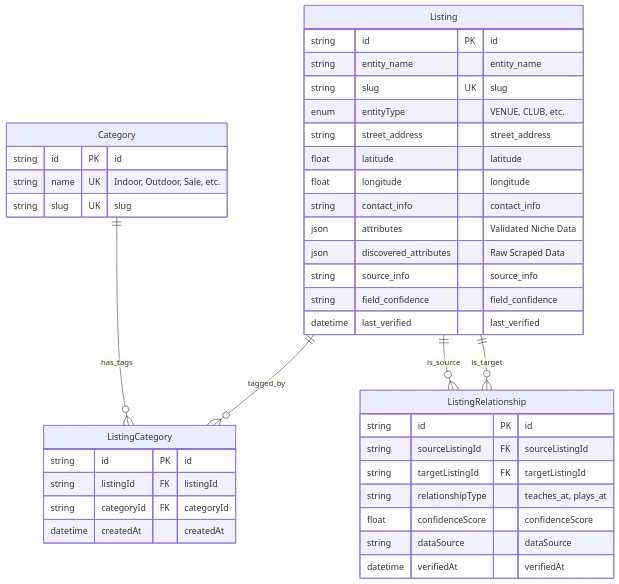
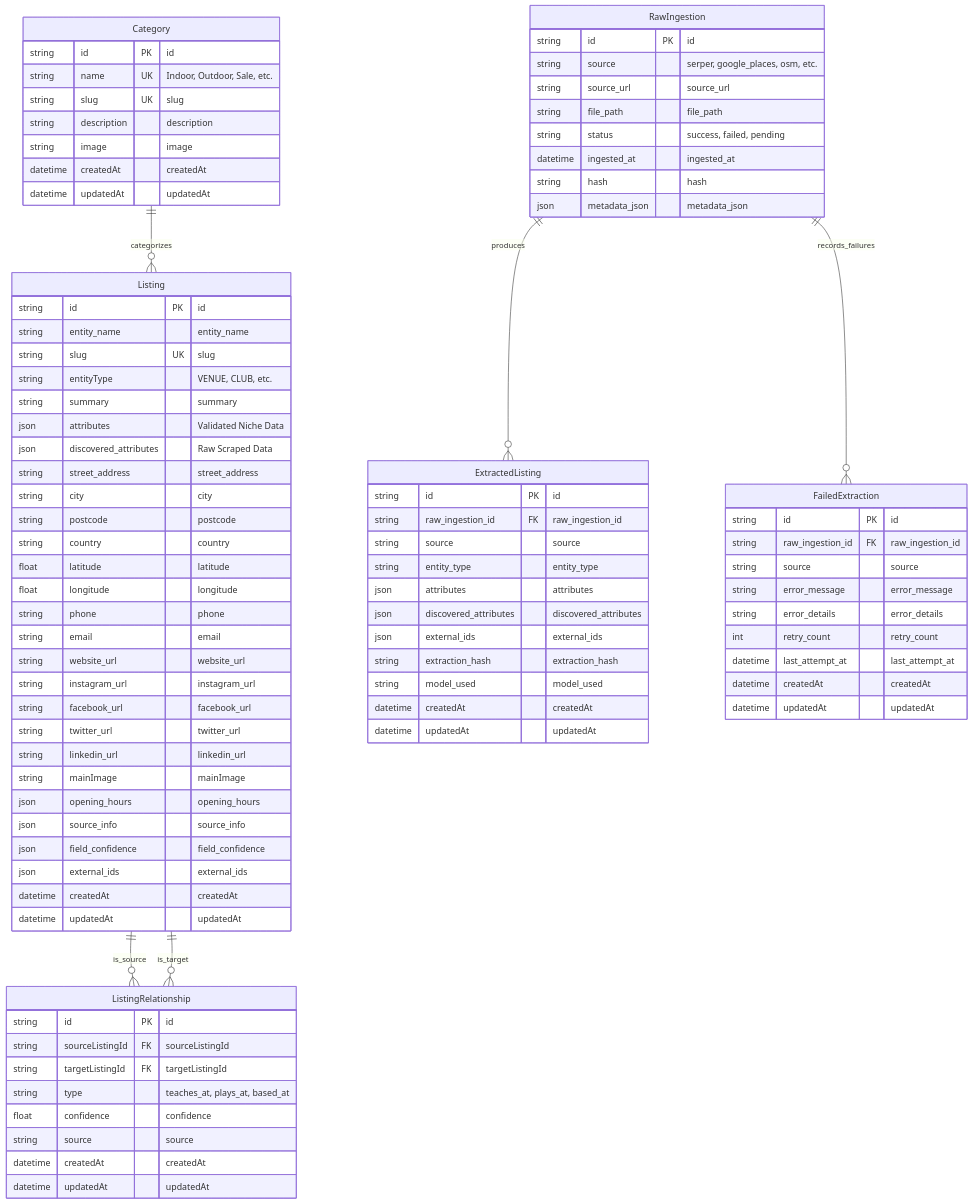
One commit to LarjGit/edinburgh-finds changed the first of 3 diagrams in ARCHITECTURE.md. Above: the diagram before and after it, drawn with Mermaid. The commit also changed other lines of this file, not shown here.

First line of the commit message:
docs(architecture): update ARCHITECTURE.md with extraction pipeline and schema status

````diff
--- a/ARCHITECTURE.md
+++ b/ARCHITECTURE.md
@@ -47,12 +55,15 @@
 ```mermaid
 erDiagram
     %% Core Schema (Implemented)
-    Category ||--o{ ListingCategory : "has_tags"
-    Listing ||--o{ ListingCategory : "tagged_by"
+    Category ||--o{ Listing : "categorizes"
 
-    %% Planned Extension
+    %% Ecosystem Graph (Schema Implemented, Population Logic Future)
     Listing ||--o{ ListingRelationship : "is_source"
     Listing ||--o{ ListingRelationship : "is_target"
+
+    %% Extraction Pipeline (Implemented)
+    RawIngestion ||--o{ ExtractedListing : "produces"
+    RawIngestion ||--o{ FailedExtraction : "records_failures"
 
     %% Enum Definition (Conceptual)
     %% EntityType Enum: VENUE, RETAILER, COACH, INSTRUCTOR, CLUB, LEAGUE, EVENT, TOURNAMENT
@@ -61,44 +72,98 @@
         string id PK "id"
         string name UK "Indoor, Outdoor, Sale, etc."
         string slug UK "slug"
-    }
-
-    ListingCategory {
-        string id PK "id"
-        string listingId FK "listingId"
-        string categoryId FK "categoryId"
+        string description "description"
+        string image "image"
         datetime createdAt "createdAt"
+        datetime updatedAt "updatedAt"
     }
 
     Listing {
         string id PK "id"
         string entity_name "entity_name"
         string slug UK "slug"
-        enum entityType "VENUE, CLUB, etc."
-
-        %% Core Structured Data
-        string street_address "street_address"
-        float latitude "latitude"
-        float longitude "longitude"
-        string contact_info "contact_info"
+        string entityType "VENUE, CLUB, etc."
+        string summary "summary"
 
         %% Flexible Attribute Buckets
         json attributes "Validated Niche Data"
         json discovered_attributes "Raw Scraped Data"
 
+        %% Core Structured Data
+        string street_address "street_address"
+        string city "city"
+        string postcode "postcode"
+        string country "country"
+        float latitude "latitude"
+        float longitude "longitude"
+
+        %% Contact Info
+        string phone "phone"
+        string email "email"
+        string website_url "website_url"
+
+        %% Social Media
+        string instagram_url "instagram_url"
+        string facebook_url "facebook_url"
+        string twitter_url "twitter_url"
+        string linkedin_url "linkedin_url"
+        string mainImage "mainImage"
+
         %% Trust & Provenance
-        string source_info "source_info"
-        string field_confidence "field_confidence"
-        datetime last_verified "last_verified"
+        json opening_hours "opening_hours"
+        json source_info "source_info"
+        json field_confidence "field_confidence"
+        json external_ids "external_ids"
+
+        datetime createdAt "createdAt"
+        datetime updatedAt "updatedAt"
     }
 
     ListingRelationship {
         string id PK "id"
         string sourceListingId FK "sourceListingId"
         string targetListingId FK "targetListingId"
-        string relationshipType "teaches_at, plays_at"
-        float confidenceScore "confidenceScore"
-        string dataSource "dataSource"
-        datetime verifiedAt "verifiedAt"
+        string type "teaches_at, plays_at, based_at"
+        float confidence "confidence"
+        string source "source"
+        datetime createdAt "createdAt"
+        datetime updatedAt "updatedAt"
+    }
+
+    RawIngestion {
+        string id PK "id"
+        string source "serper, google_places, osm, etc."
+        string source_url "source_url"
+        string file_path "file_path"
+        string status "success, failed, pending"
+        datetime ingested_at "ingested_at"
+        string hash "hash"
+        json metadata_json "metadata_json"
+    }
+
+    ExtractedListing {
+        string id PK "id"
+        string raw_ingestion_id FK "raw_ingestion_id"
+        string source "source"
+        string entity_type "entity_type"
+        json attributes "attributes"
+        json discovered_attributes "discovered_attributes"
+        json external_ids "external_ids"
+        string extraction_hash "extraction_hash"
+        string model_used "model_used"
+        datetime createdAt "createdAt"
+        datetime updatedAt "updatedAt"
+    }
+
+    FailedExtraction {
+        string id PK "id"
+        string raw_ingestion_id FK "raw_ingestion_id"
+        string source "source"
+        string error_message "error_message"
+        string error_details "error_details"
+        int retry_count "retry_count"
+        datetime last_attempt_at "last_attempt_at"
+        datetime createdAt "createdAt"
+        datetime updatedAt "updatedAt"
     }
 ```
````
